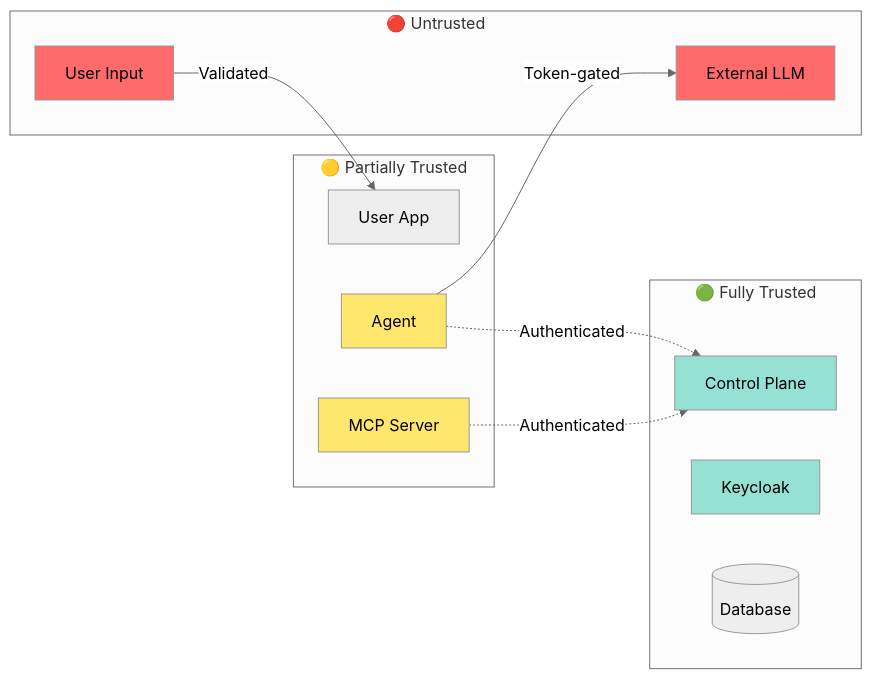
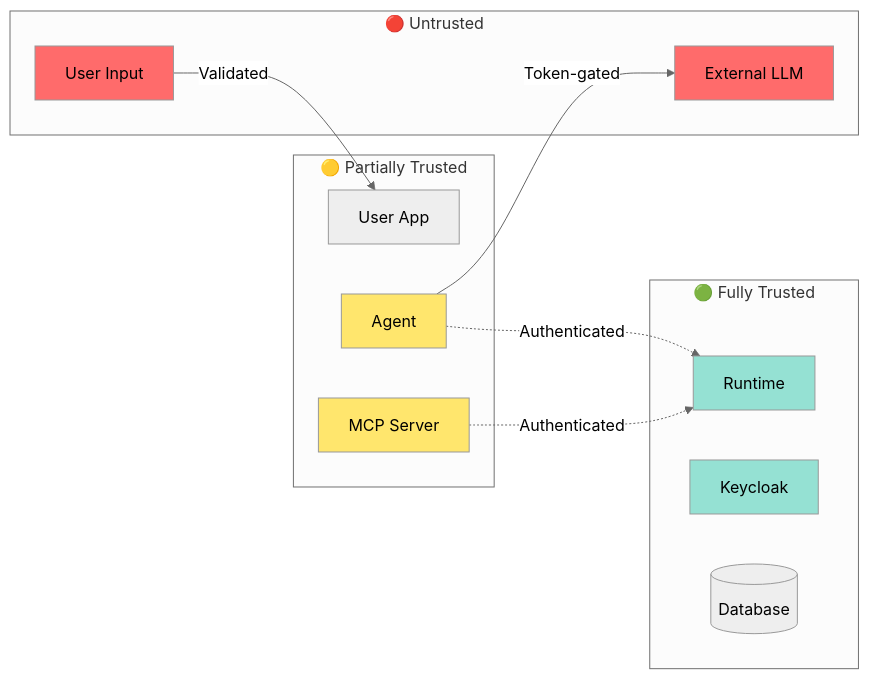
Before and after one commit to outshift-open/CASA: the third of 3 diagrams in docs/dev/specs/SPECS_HIGH_LEVEL.md, drawn with Mermaid (neutral theme). The commit also changed other lines of this file and 95 other files, not shown here.

Commit message:
feat: Rename to CASA runtime

````diff
--- a/docs/dev/specs/SPECS_HIGH_LEVEL.md
+++ b/docs/dev/specs/SPECS_HIGH_LEVEL.md
@@ -466,31 +466,31 @@
 ```mermaid
 graph LR
     subgraph "🔴 Untrusted"
         U[User Input]
         LLM[External LLM]
     end
 
     subgraph "🟡 Partially Trusted"
         UA[User App]
         AG[Agent]
         MCP[MCP Server]
     end
 
     subgraph "🟢 Fully Trusted"
-        CASA[Control Plane]
+        CASA[Runtime]
         KC[Keycloak]
         PG[(Database)]
     end
 
     U -->|Validated| UA
     AG -->|Token-gated| LLM
     AG -.->|Authenticated| CASA
     MCP -.->|Authenticated| CASA
 
     style U fill:#ff6b6b
     style LLM fill:#ff6b6b
     style AG fill:#ffe66d
     style MCP fill:#ffe66d
     style CASA fill:#95e1d3
     style KC fill:#95e1d3
 ```
````
